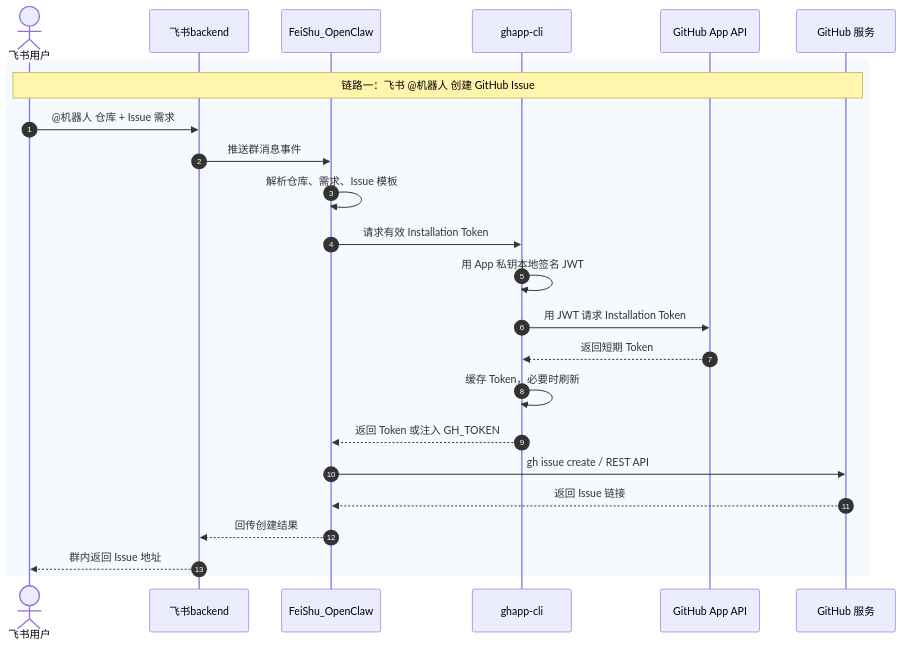
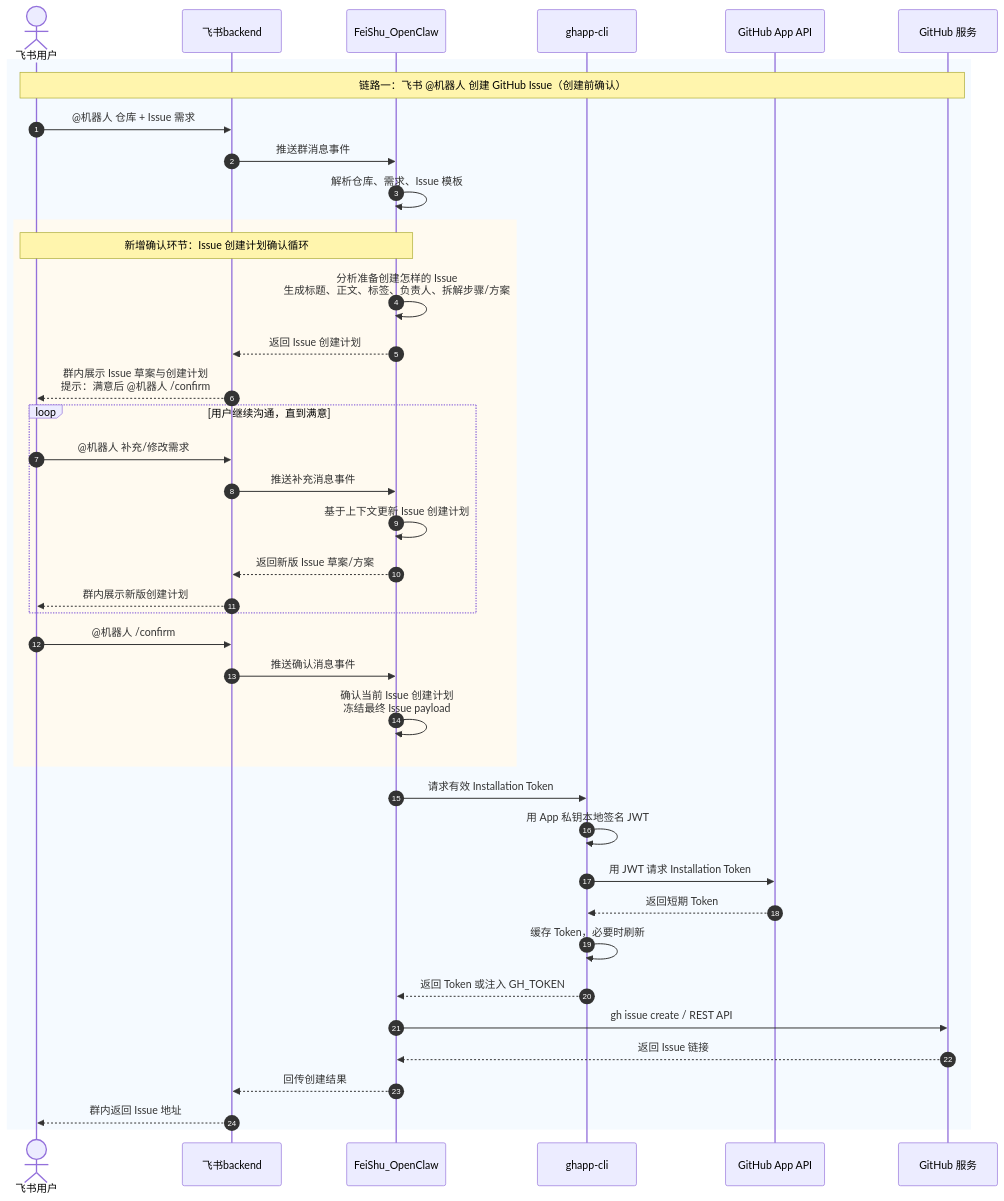
The second of 4 diagrams in docs/github机器人方案.md (ShengNW/bot), drawn with Mermaid before and after one commit.

Commit message:
Add confirmation step for GitHub Issue creation
新增确认环节以确保用户满意后再创建 GitHub Issue。

````diff
--- a/docs/github机器人方案.md
+++ b/docs/github机器人方案.md
@@ -42,28 +42,50 @@
 ```mermaid
 sequenceDiagram
     autonumber
 
     actor User as 飞书用户
     participant FeishuBot as 飞书backend
     participant OpenClaw as FeiShu_OpenClaw
     participant Ghapp as ghapp-cli
     participant GitHubApp as GitHub App API
     participant GitHub as GitHub 服务
 
     rect rgb(245, 250, 255)
-        note over User,GitHub: 链路一：飞书 @机器人 创建 GitHub Issue
+        note over User,GitHub: 链路一：飞书 @机器人 创建 GitHub Issue（创建前确认）
+
         User->>FeishuBot: @机器人 仓库 + Issue 需求
         FeishuBot->>OpenClaw: 推送群消息事件
         OpenClaw->>OpenClaw: 解析仓库、需求、Issue 模板
+
+        rect rgb(255, 250, 240)
+            note over User,OpenClaw: 新增确认环节：Issue 创建计划确认循环
+
+            OpenClaw->>OpenClaw: 分析准备创建怎样的 Issue<br/>生成标题、正文、标签、负责人、拆解步骤/方案
+            OpenClaw-->>FeishuBot: 返回 Issue 创建计划
+            FeishuBot-->>User: 群内展示 Issue 草案与创建计划<br/>提示：满意后 @机器人 /confirm
+
+            loop 用户继续沟通，直到满意
+                User->>FeishuBot: @机器人 补充/修改需求
+                FeishuBot->>OpenClaw: 推送补充消息事件
+                OpenClaw->>OpenClaw: 基于上下文更新 Issue 创建计划
+                OpenClaw-->>FeishuBot: 返回新版 Issue 草案/方案
+                FeishuBot-->>User: 群内展示新版创建计划
+            end
+
+            User->>FeishuBot: @机器人 /confirm
+            FeishuBot->>OpenClaw: 推送确认消息事件
+            OpenClaw->>OpenClaw: 确认当前 Issue 创建计划<br/>冻结最终 Issue payload
+        end
+
         OpenClaw->>Ghapp: 请求有效 Installation Token
         Ghapp->>Ghapp: 用 App 私钥本地签名 JWT
         Ghapp->>GitHubApp: 用 JWT 请求 Installation Token
         GitHubApp-->>Ghapp: 返回短期 Token
         Ghapp->>Ghapp: 缓存 Token，必要时刷新
         Ghapp-->>OpenClaw: 返回 Token 或注入 GH_TOKEN
         OpenClaw->>GitHub: gh issue create / REST API
         GitHub-->>OpenClaw: 返回 Issue 链接
         OpenClaw-->>FeishuBot: 回传创建结果
         FeishuBot-->>User: 群内返回 Issue 地址
     end
 ```
````
